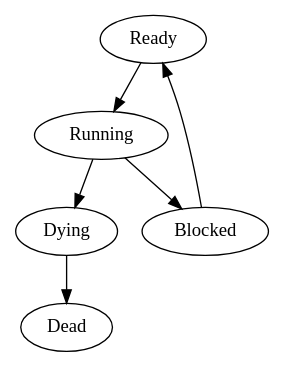
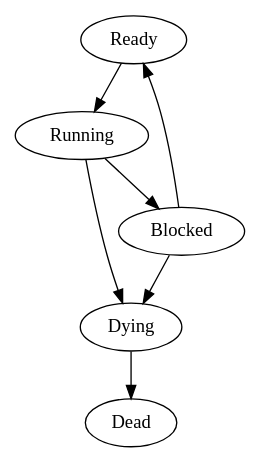
The diagram in thread_states.dot (bl0b/tinyaml), drawn with Graphviz before and after one commit. The commit also changed 25 other files, not shown here.

```diff
--- a/thread_states.dot
+++ b/thread_states.dot
@@ -1,6 +1,6 @@
 digraph Thread_States {
 
 Ready->Running->Dying;
 Running->Blocked->Ready;
-Dying->Dead;
+Blocked->Dying->Dead;
 }
```
